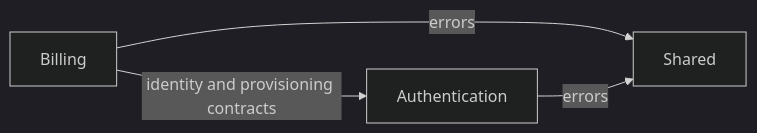
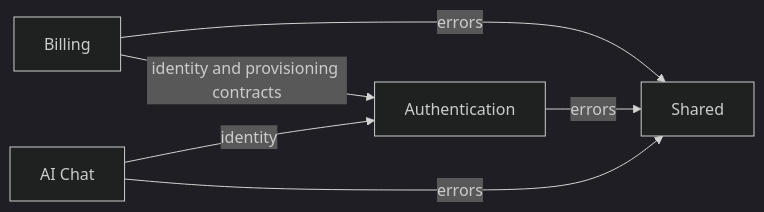
One commit to Samehadel/FinanceOps changed the diagram in docs/backend-architecture.md. Above: the diagram before and after it, drawn with Mermaid (dark theme). The commit also changed other lines of this file and 21 other files, not shown here.

````diff
--- a/docs/backend-architecture.md
+++ b/docs/backend-architecture.md
@@ -13,6 +14,8 @@
 ```mermaid
 flowchart LR
     billing[Billing] -->|identity and provisioning contracts| auth[Authentication]
     billing -->|errors| shared[Shared]
     auth -->|errors| shared
+    chat[AI Chat] -->|identity| auth
+    chat -->|errors| shared
 ```
````
